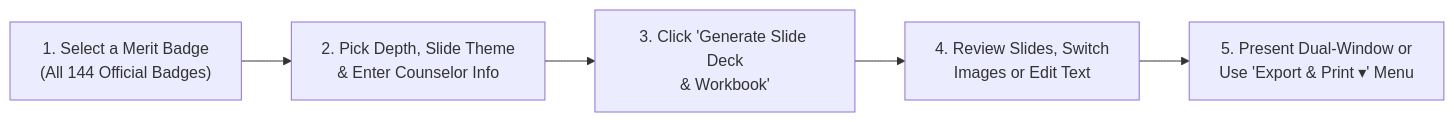
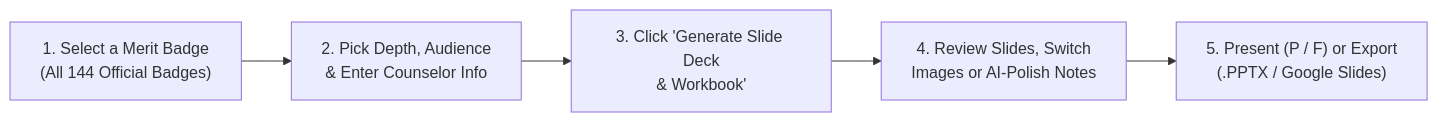
One commit to clayberg/scouts-bsa-merit-badge-agent changed the first of 2 diagrams in docs/USER_GUIDE.md. Above: the diagram before and after it, drawn with Mermaid. The commit also changed other lines of this file and 19 other files, not shown here.

Commit message:
Plan 11: Align FinOps & Google Slides modals, 3-card Presenter View + fullscreen centering + dual-monitor popout, Footer GitHub link, Option A Documentation Studio Viewer, and full documentation sync

````diff
--- a/docs/USER_GUIDE.md
+++ b/docs/USER_GUIDE.md
@@ -39,7 +40,7 @@
 ```mermaid
 flowchart LR
-    Step1["1. Select a Merit Badge<br/>(All 144 Official Badges)"] --> Step2["2. Pick Depth, Slide Theme<br/>& Enter Counselor Info"]
+    Step1["1. Select a Merit Badge<br/>(All 144 Official Badges)"] --> Step2["2. Pick Depth, Audience<br/>& Enter Counselor Info"]
     Step2 --> Step3["3. Click 'Generate Slide Deck<br/>& Workbook'"]
-    Step3 --> Step4["4. Review Slides, Switch<br/>Images or Edit Text"]
-    Step4 --> Step5["5. Present Dual-Window or<br/>Use 'Export & Print ▾' Menu"]
+    Step3 --> Step4["4. Review Slides, Switch<br/>Images or AI-Polish Notes"]
+    Step4 --> Step5["5. Present (P / F) or Export<br/>(.PPTX / Google Slides)"]
 ```
````
